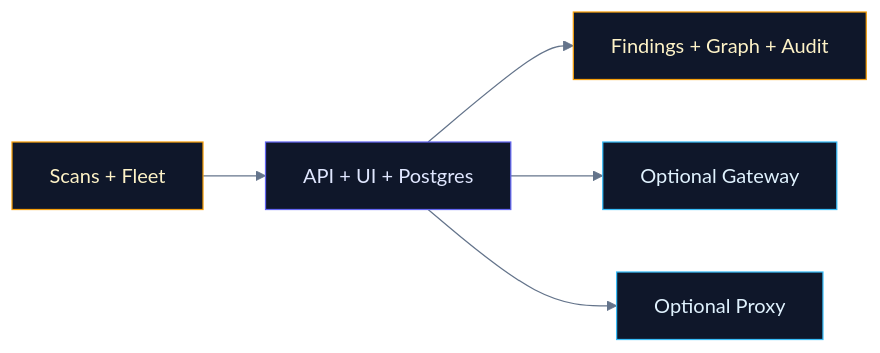
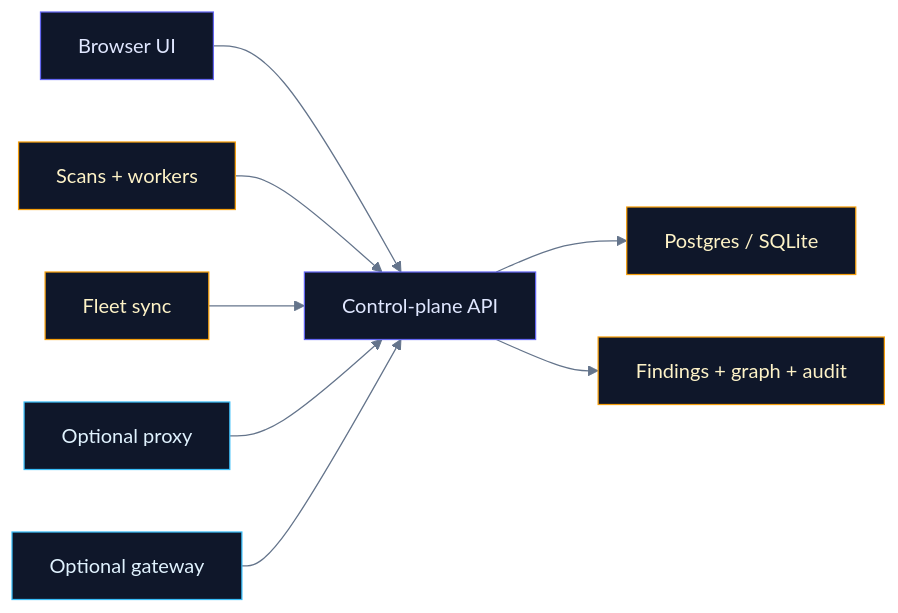
One commit to Rish-2006/agent-bom changed the diagram in README.md. Above: the diagram before and after it, drawn with Mermaid. The commit also changed 29 other files, not shown here.

First line of the commit message:
fix: release-readiness graph and UI audit findings (#2274)

````diff
--- a/README.md
+++ b/README.md
@@ -196,12 +196,15 @@
 ```mermaid
 %%{init: {"theme":"base","themeVariables":{"primaryColor":"#0f172a","primaryBorderColor":"#6366f1","primaryTextColor":"#e0e7ff","lineColor":"#64748b"}}}%%
 flowchart LR
     classDef ctrl fill:#0f172a,stroke:#6366f1,color:#e0e7ff
     classDef data fill:#0f172a,stroke:#f59e0b,color:#fef3c7
     classDef edge fill:#0f172a,stroke:#38bdf8,color:#e0f2fe
 
-    Scan["Scans + Fleet"]:::data --> API["API + UI + Postgres"]:::ctrl
-    API --> Graph["Findings + Graph + Audit"]:::data
-    API --> Gateway["Optional Gateway"]:::edge
-    API --> Proxy["Optional Proxy"]:::edge
+    Browser["Browser UI"]:::ctrl --> API["Control-plane API"]:::ctrl
+    Workers["Scans + workers"]:::data --> API
+    Fleet["Fleet sync"]:::data --> API
+    API --> Store["Postgres / SQLite"]:::data
+    API --> Graph["Findings + graph + audit"]:::data
+    Proxy["Optional proxy"]:::edge --> API
+    Gateway["Optional gateway"]:::edge --> API
 ```
````
